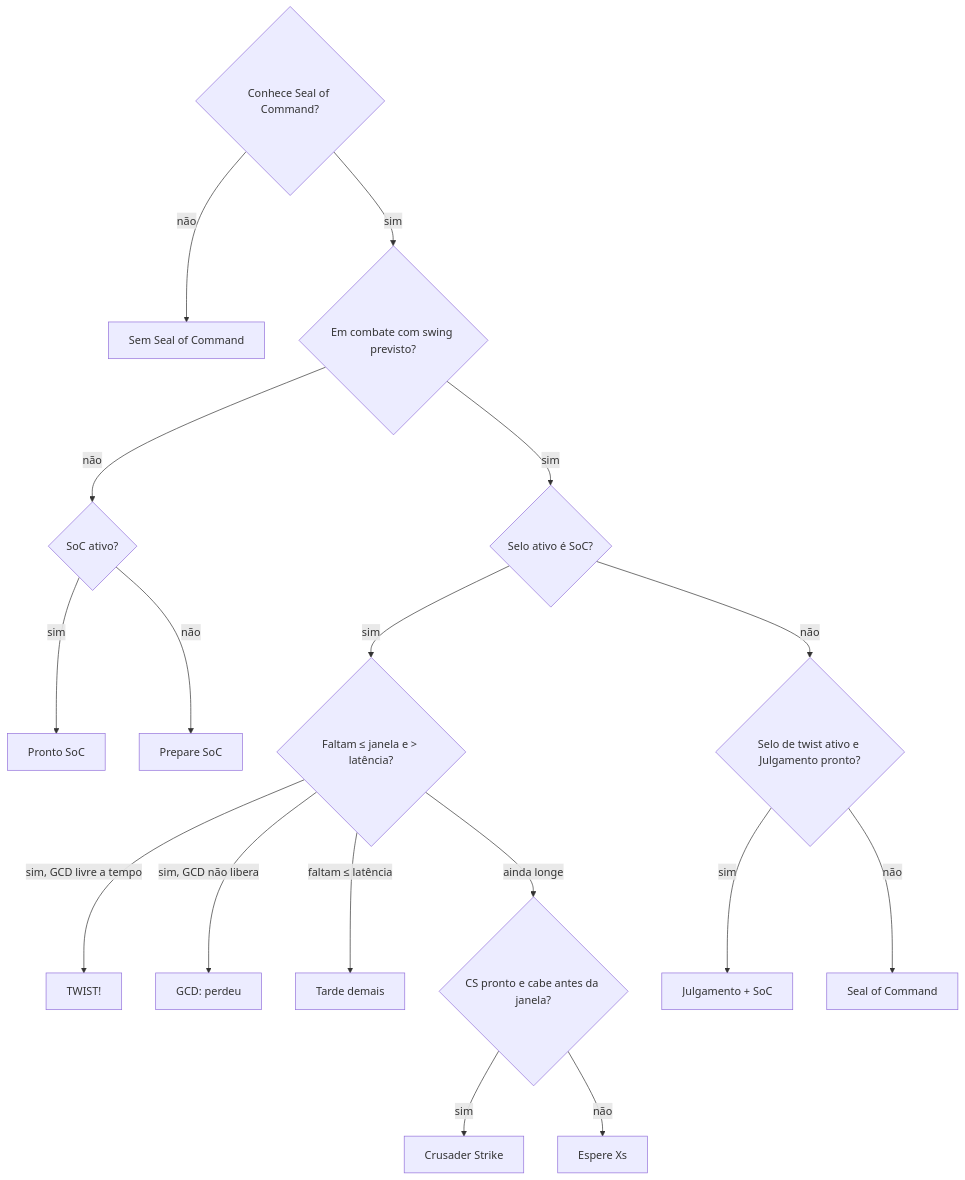
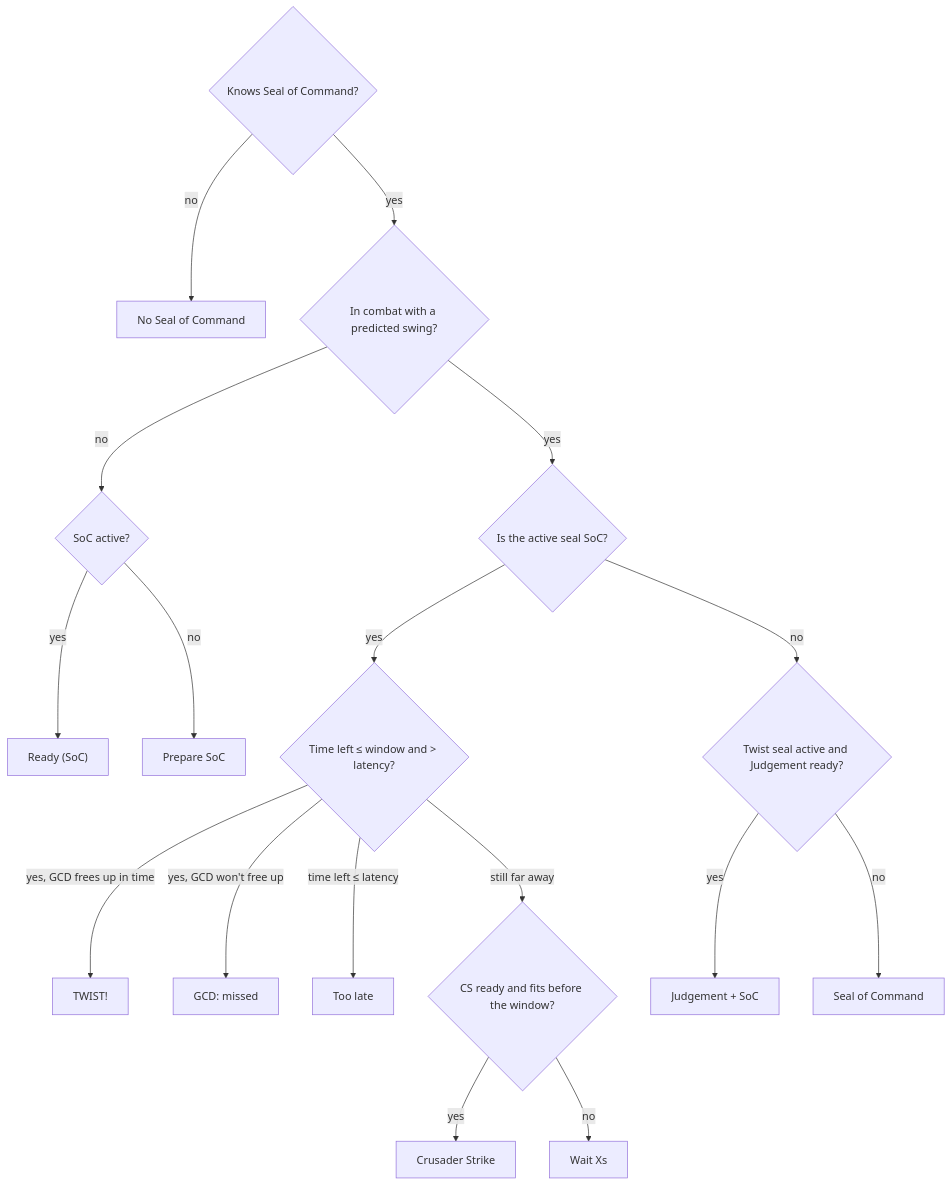
Before and after one commit to SilvioDoMine/Silvio-Swinger-WoW-Addon: the second of 3 diagrams in README.md, drawn with Mermaid. The commit also changed other lines of this file and 22 other files, not shown here.

First line of the commit message:
Add localization support and update swing timeline documentation

````diff
--- a/README.md
+++ b/README.md
@@ -56,19 +58,19 @@
 ```mermaid
 flowchart TD
-    A{Conhece Seal of Command?} -- não --> X[Sem Seal of Command]
-    A -- sim --> B{Em combate com swing previsto?}
-    B -- não --> C{SoC ativo?}
-    C -- sim --> C1[Pronto SoC]
-    C -- não --> C2[Prepare SoC]
-    B -- sim --> D{Selo ativo é SoC?}
-    D -- sim --> E{Faltam ≤ janela e > latência?}
-    E -- sim, GCD livre a tempo --> T[TWIST!]
-    E -- sim, GCD não libera --> G[GCD: perdeu]
-    E -- faltam ≤ latência --> L[Tarde demais]
-    E -- ainda longe --> F{CS pronto e cabe antes da janela?}
-    F -- sim --> CS[Crusader Strike]
-    F -- não --> W[Espere Xs]
-    D -- não --> J{Selo de twist ativo e Julgamento pronto?}
-    J -- sim --> JU[Julgamento + SoC]
-    J -- não --> S[Seal of Command]
+    A{"Knows Seal of Command?"} -- no --> X["No Seal of Command"]
+    A -- yes --> B{"In combat with a predicted swing?"}
+    B -- no --> C{"SoC active?"}
+    C -- yes --> C1["Ready (SoC)"]
+    C -- no --> C2["Prepare SoC"]
+    B -- yes --> D{"Is the active seal SoC?"}
+    D -- yes --> E{"Time left ≤ window and > latency?"}
+    E -- yes, GCD frees up in time --> T["TWIST!"]
+    E -- yes, GCD won't free up --> G["GCD: missed"]
+    E -- time left ≤ latency --> L["Too late"]
+    E -- still far away --> F{"CS ready and fits before the window?"}
+    F -- yes --> CS["Crusader Strike"]
+    F -- no --> W["Wait Xs"]
+    D -- no --> J{"Twist seal active and Judgement ready?"}
+    J -- yes --> JU["Judgement + SoC"]
+    J -- no --> S["Seal of Command"]
 ```
````
